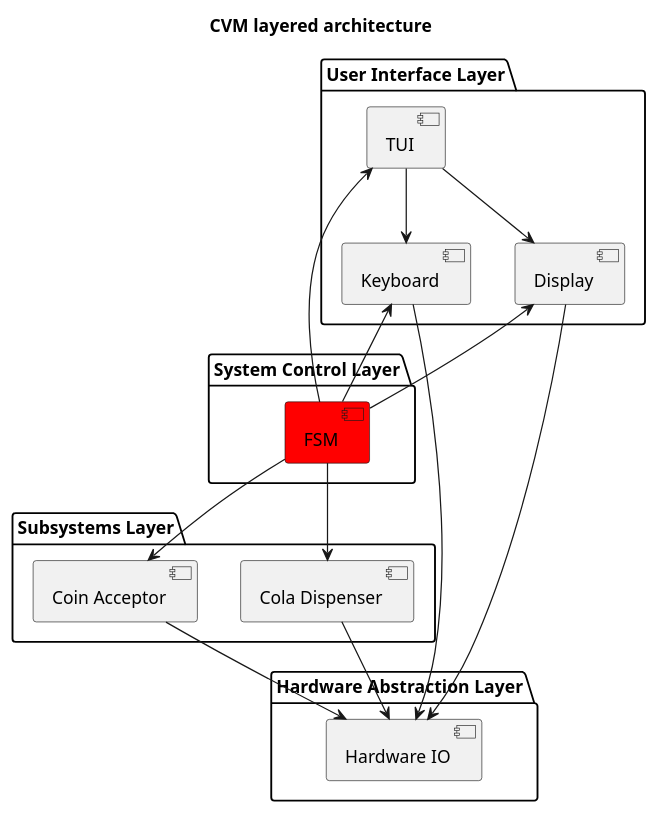
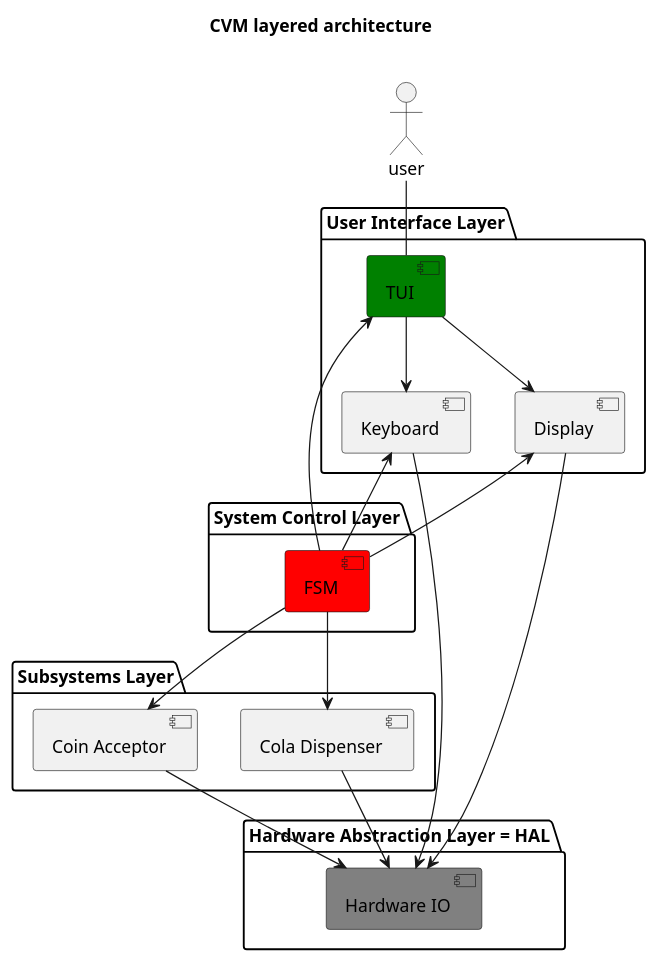
The diagram in ColaVendingMachine/CVM-1/uml/ColaVendingMachine-1-layer.puml (josokw/IntroductionC), drawn with PlantUML before and after one commit.

Commit message:
Add user and color

```diff
--- a/ColaVendingMachine/CVM-1/uml/ColaVendingMachine-1-layer.puml
+++ b/ColaVendingMachine/CVM-1/uml/ColaVendingMachine-1-layer.puml
@@ -1,36 +1,40 @@
 @startuml
 
-title CVM layered architecture
+title CVM layered architecture\n
+
+actor user
 
 package "User Interface Layer" {
     [Display]
     [Keyboard]
-    [TUI]
+    [TUI] #green
 }
 
 package "System Control Layer" {
     [FSM] #red
 }
 
 package "Subsystems Layer" {
     [Cola Dispenser]
     [Coin Acceptor]
 }
 
-package "Hardware Abstraction Layer" {
-    [Hardware IO]
+package "Hardware Abstraction Layer = HAL" {
+    [Hardware IO] #grey
 }
 
 [FSM] -down-> [Coin Acceptor]
 [FSM] -down-> [Cola Dispenser]
 [FSM] -up-> [Display]
 [FSM] -up-> [Keyboard]
 [FSM] -up-> [TUI]
 [Coin Acceptor] --> [Hardware IO]
 [Cola Dispenser] --> [Hardware IO]
 [TUI] -down-> [Keyboard]
 [TUI] -down-> [Display]
 [Display] --> [Hardware IO]
 [Keyboard] --> [Hardware IO]
 
+user -- [TUI]
+
 @enduml
```
